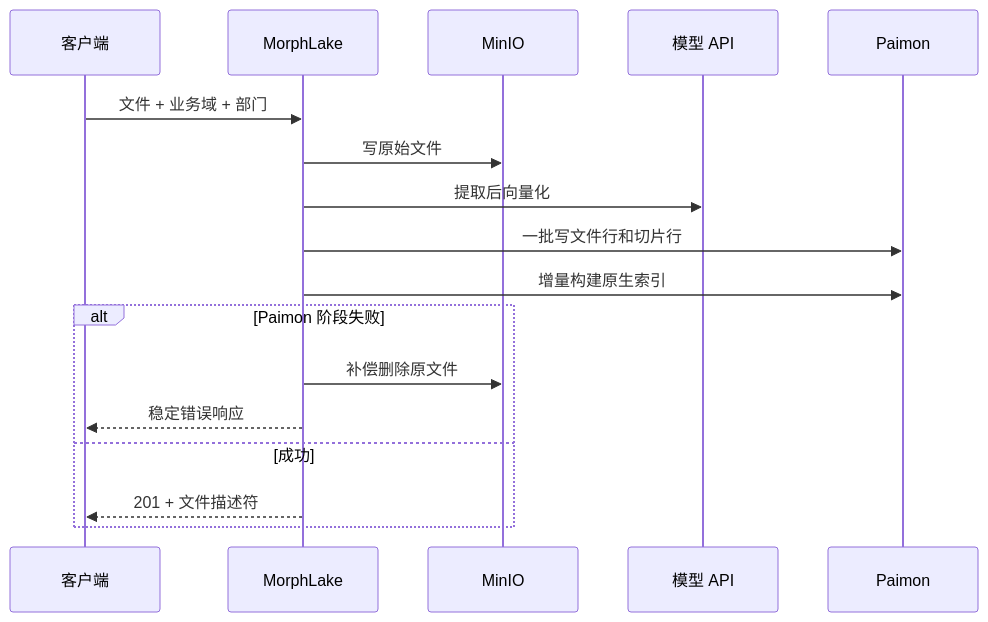
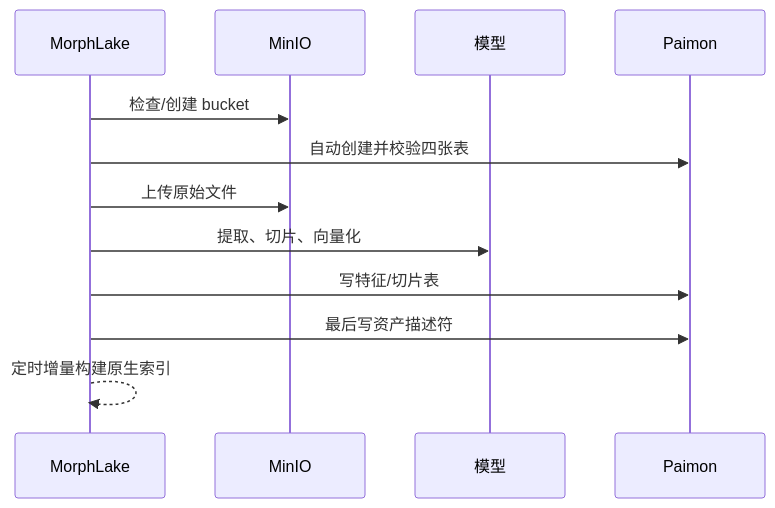
Before and after one commit to schoIarw/morphlake: the second of 2 diagrams in docs/architecture.md, drawn with Mermaid. The commit also changed other lines of this file and 16 other files, not shown here.

````diff
--- a/docs/architecture.md
+++ b/docs/architecture.md
@@ -35,19 +29,14 @@
 ```mermaid
 sequenceDiagram
-    participant C as 客户端
     participant A as MorphLake
     participant M as MinIO
-    participant G as 模型 API
+    participant G as 模型
     participant P as Paimon
-    C->>A: 文件 + 业务域 + 部门
-    A->>M: 写原始文件
-    A->>G: 提取后向量化
-    A->>P: 一批写文件行和切片行
-    A->>P: 增量构建原生索引
-    alt Paimon 阶段失败
-        A->>M: 补偿删除原文件
-        A-->>C: 稳定错误响应
-    else 成功
-        A-->>C: 201 + 文件描述符
-    end
+    A->>M: 检查/创建 bucket
+    A->>P: 自动创建并校验四张表
+    A->>M: 上传原始文件
+    A->>G: 提取、切片、向量化
+    A->>P: 写特征/切片表
+    A->>P: 最后写资产描述符
+    A-->>A: 定时增量构建原生索引
 ```
````
